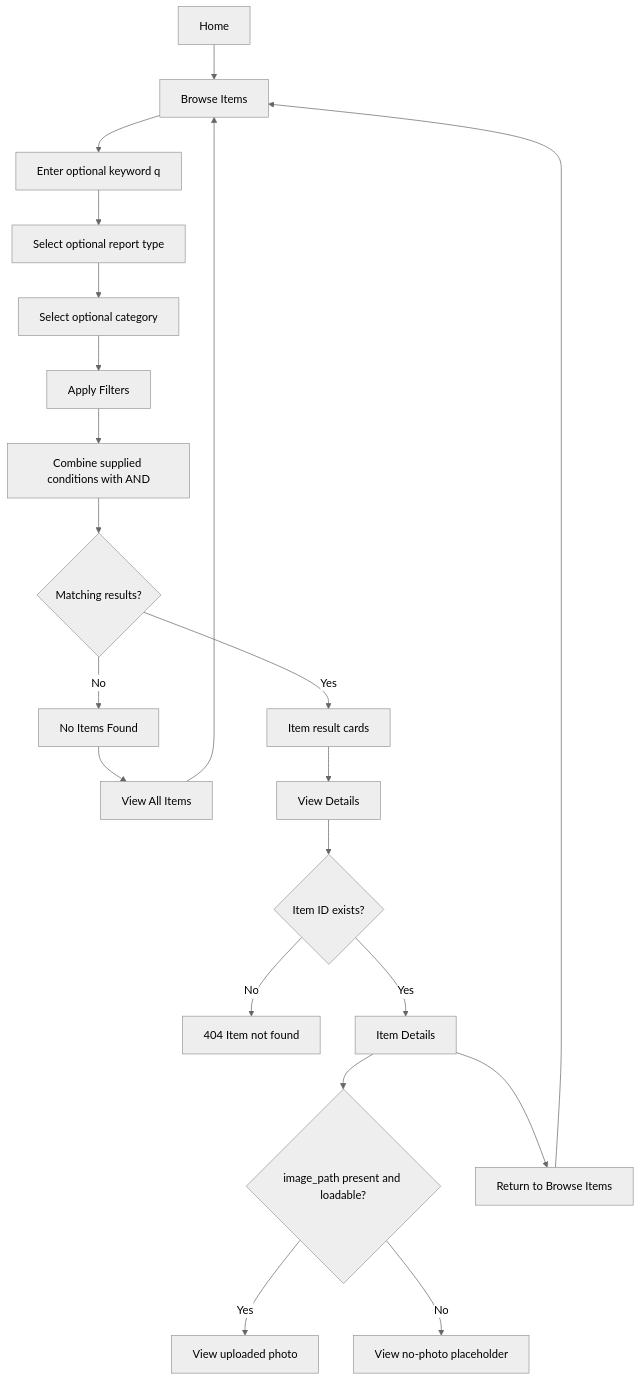
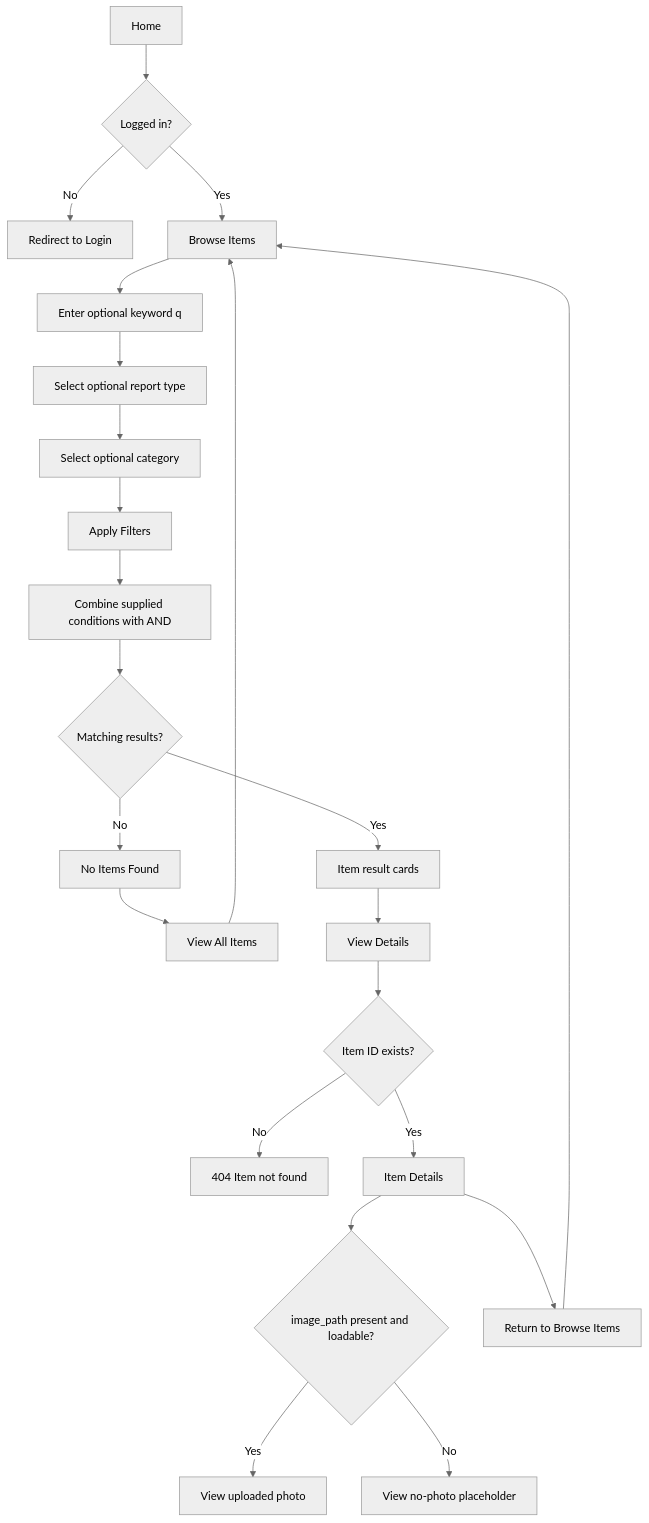
Before and after one commit to ZhihaoTang615/campus-lost-and-found-platform: the third of 7 diagrams in docs/design/user-flow.md, drawn with Mermaid (neutral theme). The commit also changed other lines of this file and 40 other files, not shown here.

````diff
--- a/docs/design/user-flow.md
+++ b/docs/design/user-flow.md
@@ -59,23 +72,25 @@
 ```mermaid
 flowchart TD
-    H[Home] --> B[Browse Items]
+    H[Home] --> Auth{Logged in?}
+    Auth -->|No| Login[Redirect to Login]
+    Auth -->|Yes| B[Browse Items]
     B --> Q[Enter optional keyword q]
     Q --> T[Select optional report type]
     T --> C[Select optional category]
     C --> A[Apply Filters]
     A --> SQL[Combine supplied conditions with AND]
     SQL --> R{Matching results?}
     R -->|No| E[No Items Found]
     E --> VA[View All Items]
     VA --> B
     R -->|Yes| Cards[Item result cards]
     Cards --> VD[View Details]
     VD --> Lookup{Item ID exists?}
     Lookup -->|No| NotFound[404 Item not found]
     Lookup -->|Yes| D[Item Details]
     D --> P{image_path present and loadable?}
     P -->|Yes| Photo[View uploaded photo]
     P -->|No| Placeholder[View no-photo placeholder]
     D --> RB[Return to Browse Items]
     RB --> B
 ```
````
